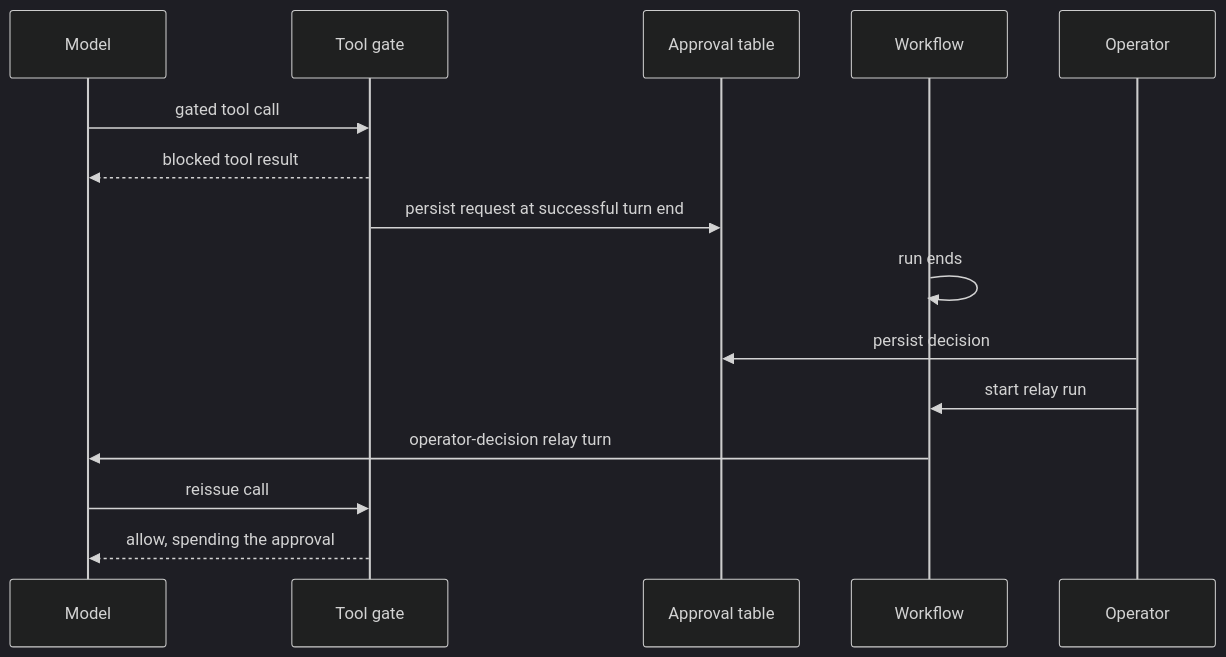
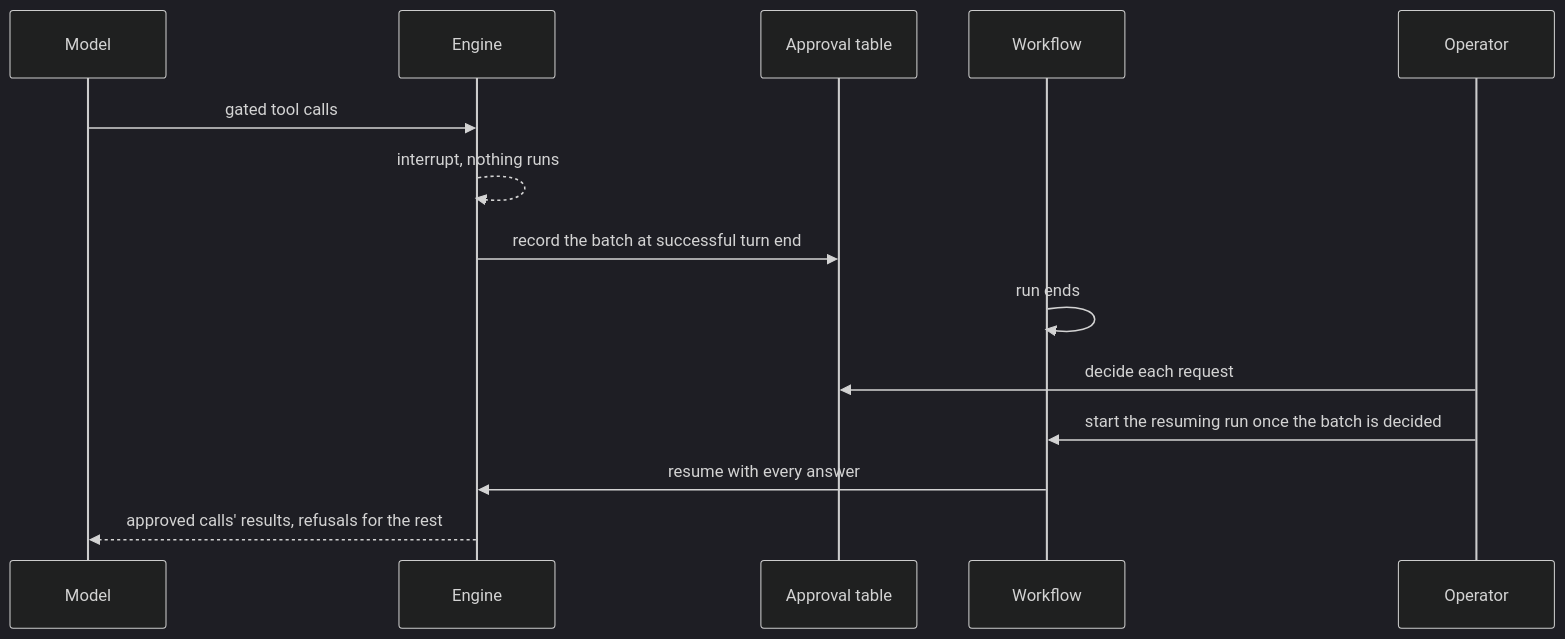
One commit to Chia1104/chia1104.dev changed the third of 3 diagrams in docs/agent-architecture.md. Above: the diagram before and after it, drawn with Mermaid (dark theme). The commit also changed other lines of this file and 3 other files, not shown here.

````diff
--- a/docs/agent-architecture.md
+++ b/docs/agent-architecture.md
@@ -191,18 +191,17 @@
 ```mermaid
 sequenceDiagram
     participant M as Model
-    participant G as Tool gate
+    participant E as Engine
     participant DB as Approval table
     participant WF as Workflow
     participant U as Operator
 
-    M->>G: gated tool call
-    G-->>M: blocked tool result
-    G->>DB: persist request at successful turn end
+    M->>E: gated tool calls
+    E-->>E: interrupt, nothing runs
+    E->>DB: record the batch at successful turn end
     WF->>WF: run ends
-    U->>DB: persist decision
-    U->>WF: start relay run
-    WF->>M: operator-decision relay turn
-    M->>G: reissue call
-    G-->>M: allow, spending the approval
+    U->>DB: decide each request
+    U->>WF: start the resuming run once the batch is decided
+    WF->>E: resume with every answer
+    E-->>M: approved calls' results, refusals for the rest
 ```
````
